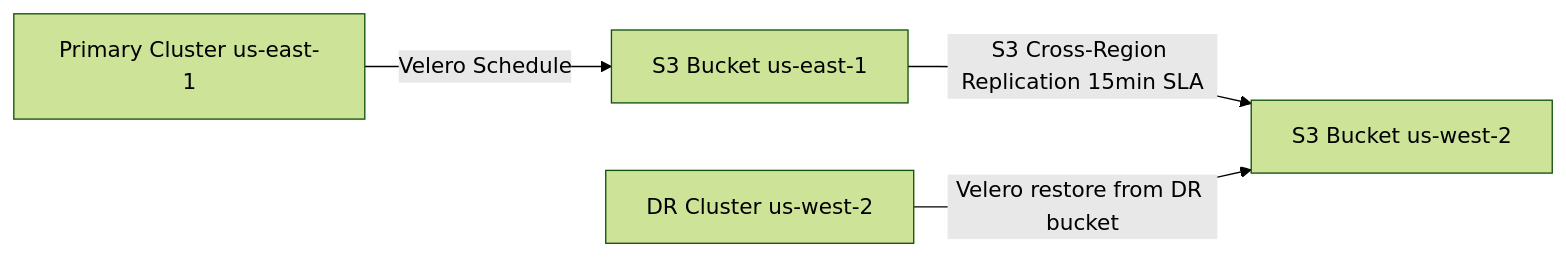
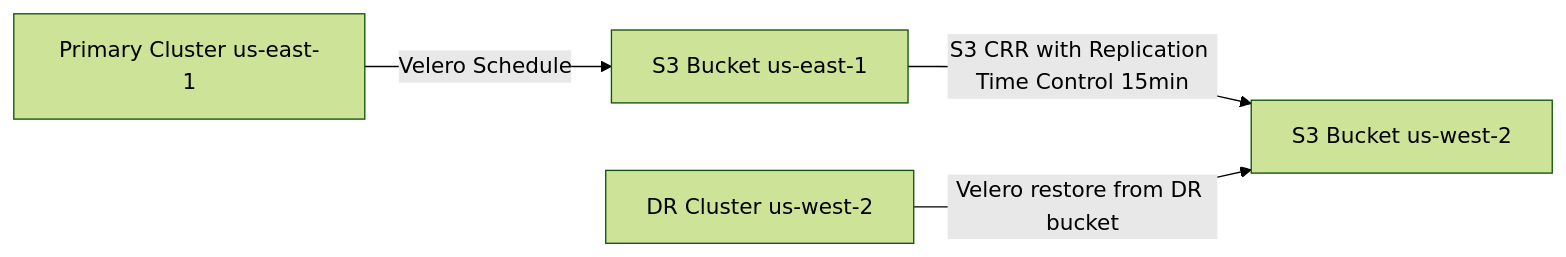
Before and after one commit to mostafasroor1983/fintech-engineering-mastery: the second of 2 diagrams in docs/content/tracks/track-10-cloud-platform/lesson-15-k8s-dr/index.md, drawn with Mermaid (forest theme). The commit also changed other lines of this file and 230 other files, not shown here.

````diff
--- a/docs/content/tracks/track-10-cloud-platform/lesson-15-k8s-dr/index.md
+++ b/docs/content/tracks/track-10-cloud-platform/lesson-15-k8s-dr/index.md
@@ -289,11 +295,11 @@
 ```mermaid
 graph LR
     primary_cluster[Primary Cluster us-east-1]
     dr_cluster[DR Cluster us-west-2]
     primary_s3[S3 Bucket us-east-1]
     dr_s3[S3 Bucket us-west-2]
 
     primary_cluster -->|Velero Schedule| primary_s3
-    primary_s3 -->|S3 Cross-Region Replication 15min SLA| dr_s3
+    primary_s3 -->|S3 CRR with Replication Time Control 15min| dr_s3
     dr_cluster -->|Velero restore from DR bucket| dr_s3
 ```
````
